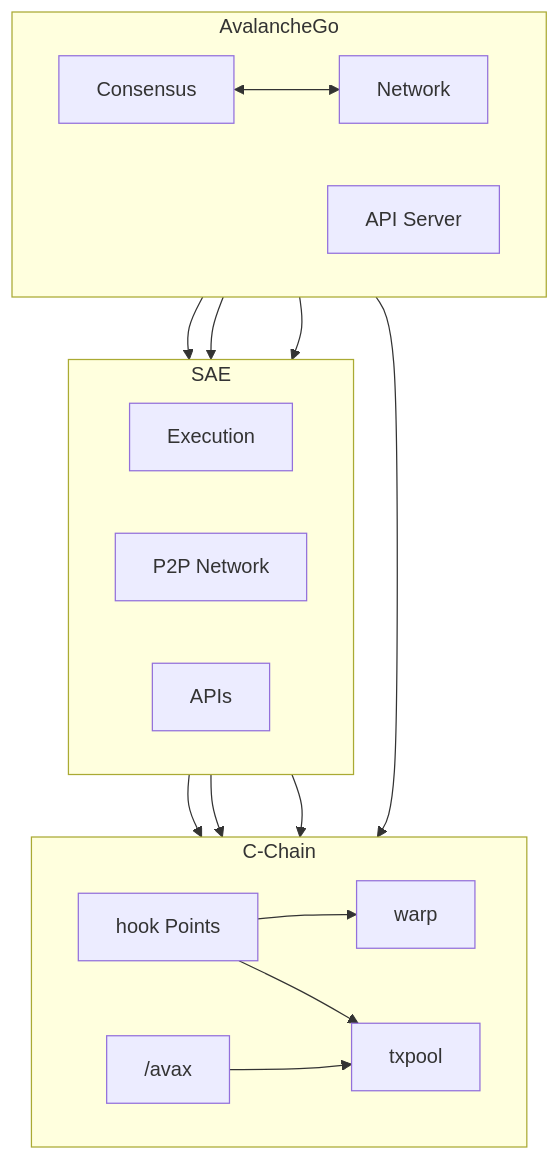
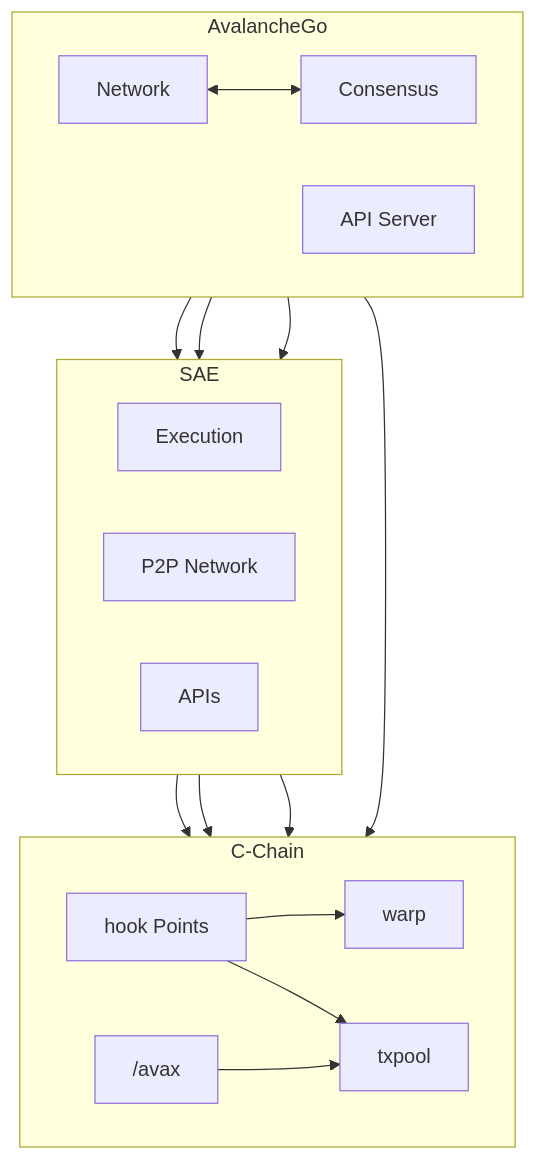
Before and after one commit to ava-labs/avalanchego: the first of 4 diagrams in vms/saevm/cchain/README.md, drawn with Mermaid.

````diff
--- a/vms/saevm/cchain/README.md
+++ b/vms/saevm/cchain/README.md
@@ -9,38 +9,38 @@
 ```mermaid
 flowchart TB
     subgraph avago["AvalancheGo"]
         direction LR
         consensus["Consensus"]
         network["Network"]
         apiserver["API Server"]
-        consensus <--> network
+        network <--> consensus
     end
 
     subgraph sae["SAE"]
         direction LR
         execution["Execution"]
         p2pn["P2P Network"]
         apis_sae["APIs"]
     end
 
     subgraph cchain["C-Chain"]
         direction LR
         hook["hook Points"]
         warp["warp"]
         txpool["txpool"]
         avax["/avax"]
     end
 
     network --> p2pn
     consensus --> execution
     apiserver --> apis_sae
     apiserver --> avax
 
     execution --> hook
     p2pn --> warp
     p2pn --> txpool
 
     hook --> warp
     hook --> txpool
     avax --> txpool
 ```
````
